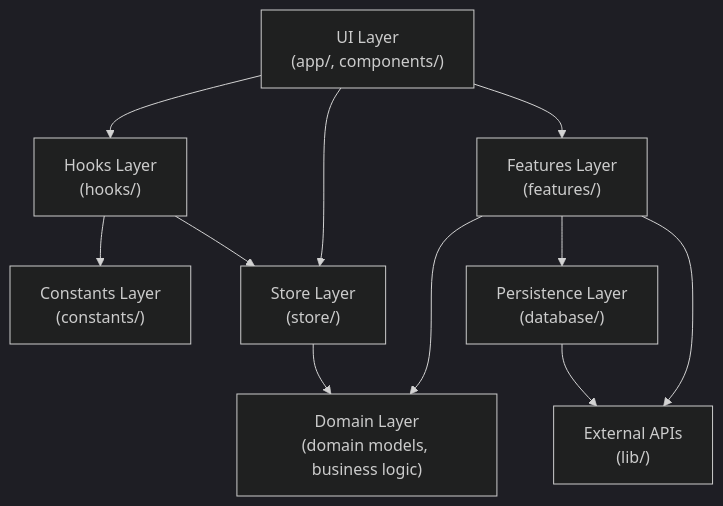
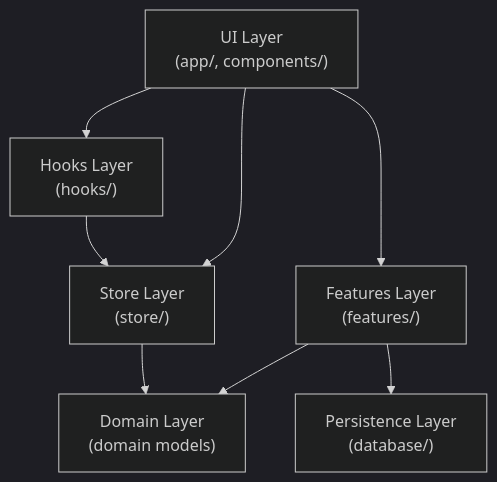
The first of 2 diagrams in .kiro/specs/custom-boilerplate/design.md (tomada1114/expo-quick-kit), drawn with Mermaid (dark theme) before and after one commit. The commit also changed other lines of this file and 1 other file, not shown here.

````diff
--- a/.kiro/specs/custom-boilerplate/design.md
+++ b/.kiro/specs/custom-boilerplate/design.md
@@ -45,22 +29,17 @@
 ```mermaid
 graph TB
     UI["UI Layer<br/>(app/, components/)"]
     Hooks["Hooks Layer<br/>(hooks/)"]
-    Constants["Constants Layer<br/>(constants/)"]
     Store["Store Layer<br/>(store/)"]
     Features["Features Layer<br/>(features/)"]
-    Domain["Domain Layer<br/>(domain models, business logic)"]
+    Domain["Domain Layer<br/>(domain models)"]
     Persistence["Persistence Layer<br/>(database/)"]
-    External["External APIs<br/>(lib/)"]
 
     UI --> Hooks
     UI --> Store
     UI --> Features
-    Hooks --> Constants
     Hooks --> Store
     Features --> Domain
     Features --> Persistence
-    Features --> External
     Store --> Domain
-    Persistence --> External
 ```
````
